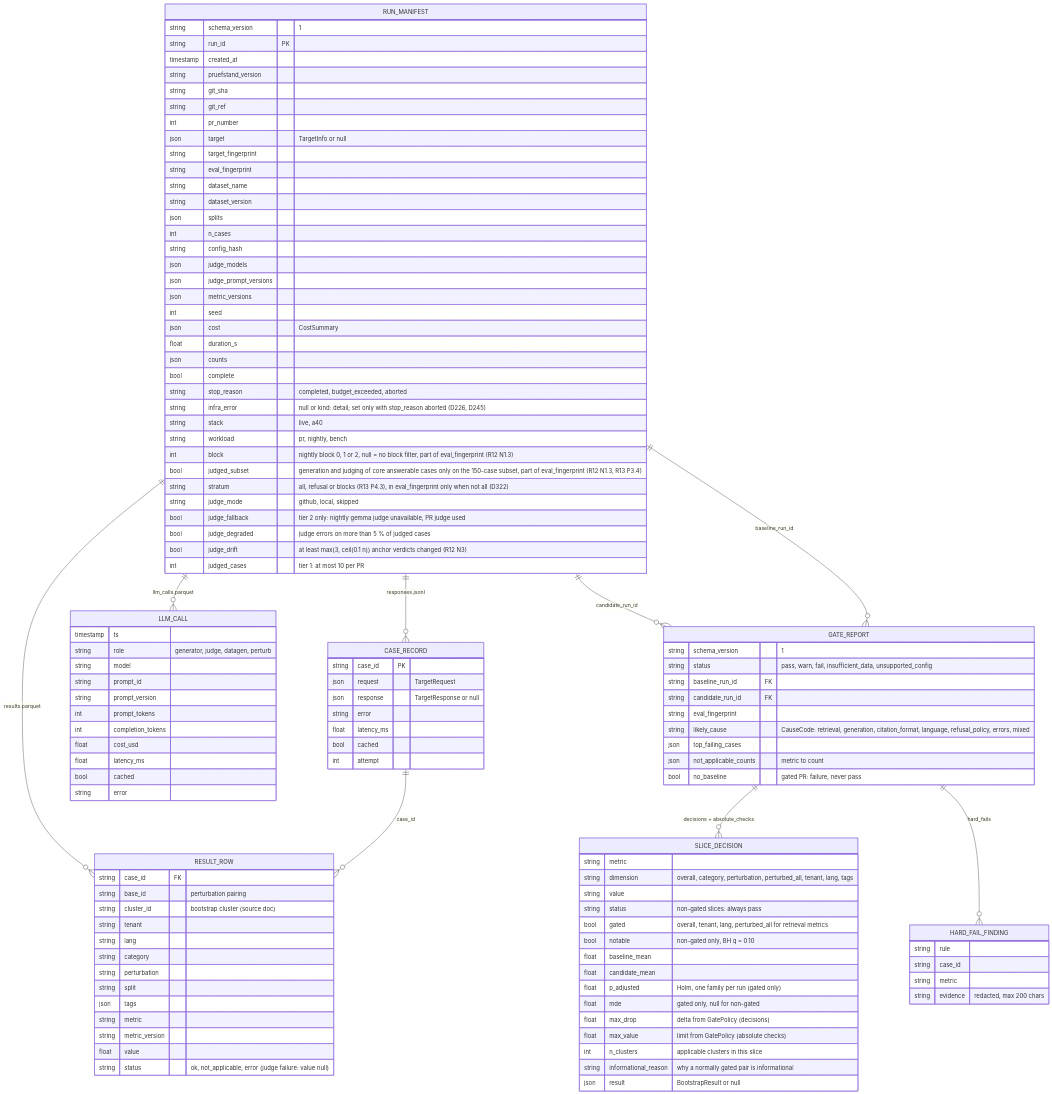
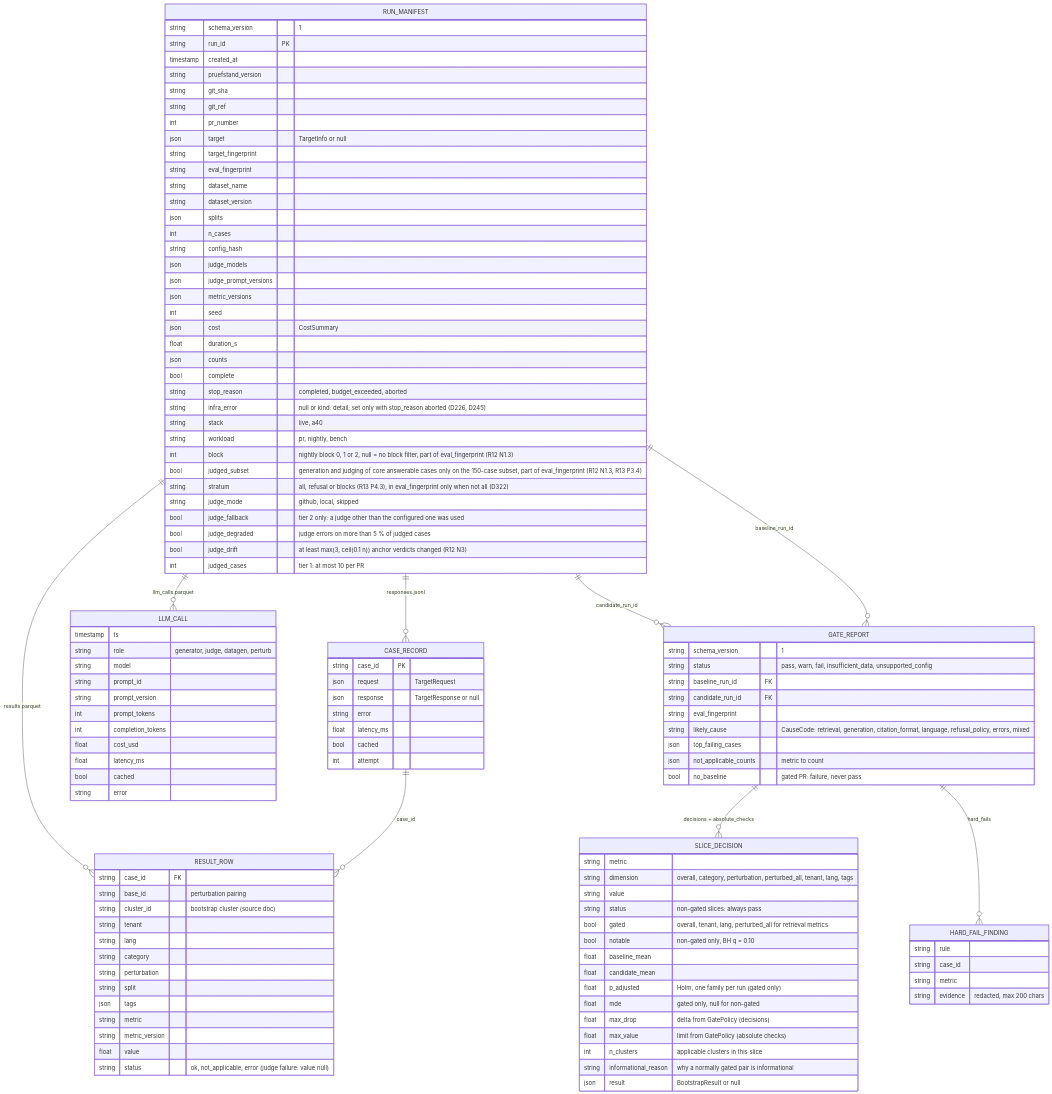
Before and after one commit to dheena18/pruefstand: the first of 2 diagrams in docs/architecture/data-model.md, drawn with Mermaid. The commit also changed other lines of this file and 65 other files, not shown here.

First line of the commit message:
docs: keep models on the cluster disk, one judge, data root on VM disk (ADR-0019)

```diff
--- a/docs/architecture/data-model.md
+++ b/docs/architecture/data-model.md
@@ -48,7 +48,7 @@
         bool judged_subset "generation and judging of core answerable cases only on the 150-case subset, part of eval_fingerprint (R12 N1.3, R13 P3.4)"
         string stratum "all, refusal or blocks (R13 P4.3), in eval_fingerprint only when not all (D322)"
         string judge_mode "github, local, skipped"
-        bool judge_fallback "tier 2 only: nightly gemma judge unavailable, PR judge used"
+        bool judge_fallback "tier 2 only: a judge other than the configured one was used"
         bool judge_degraded "judge errors on more than 5 % of judged cases"
         bool judge_drift "at least max(3, ceil(0.1 n)) anchor verdicts changed (R12 N3)"
         int judged_cases "tier 1: at most 10 per PR"
```
